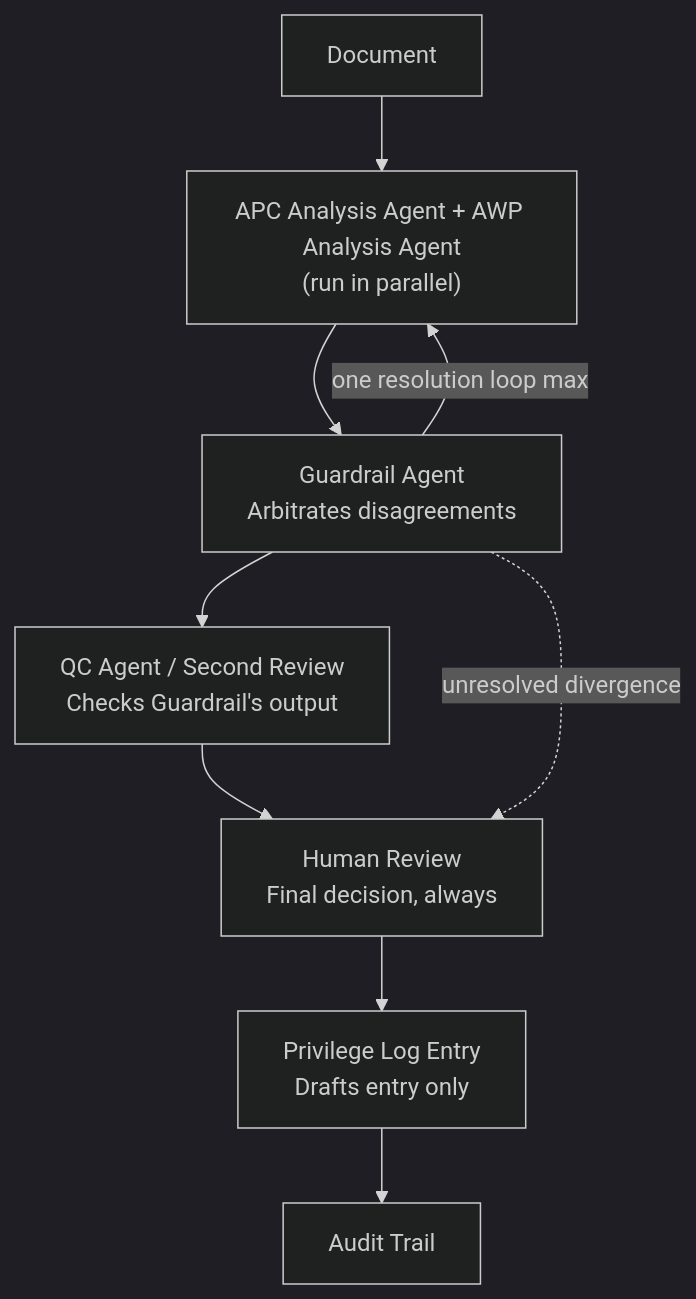
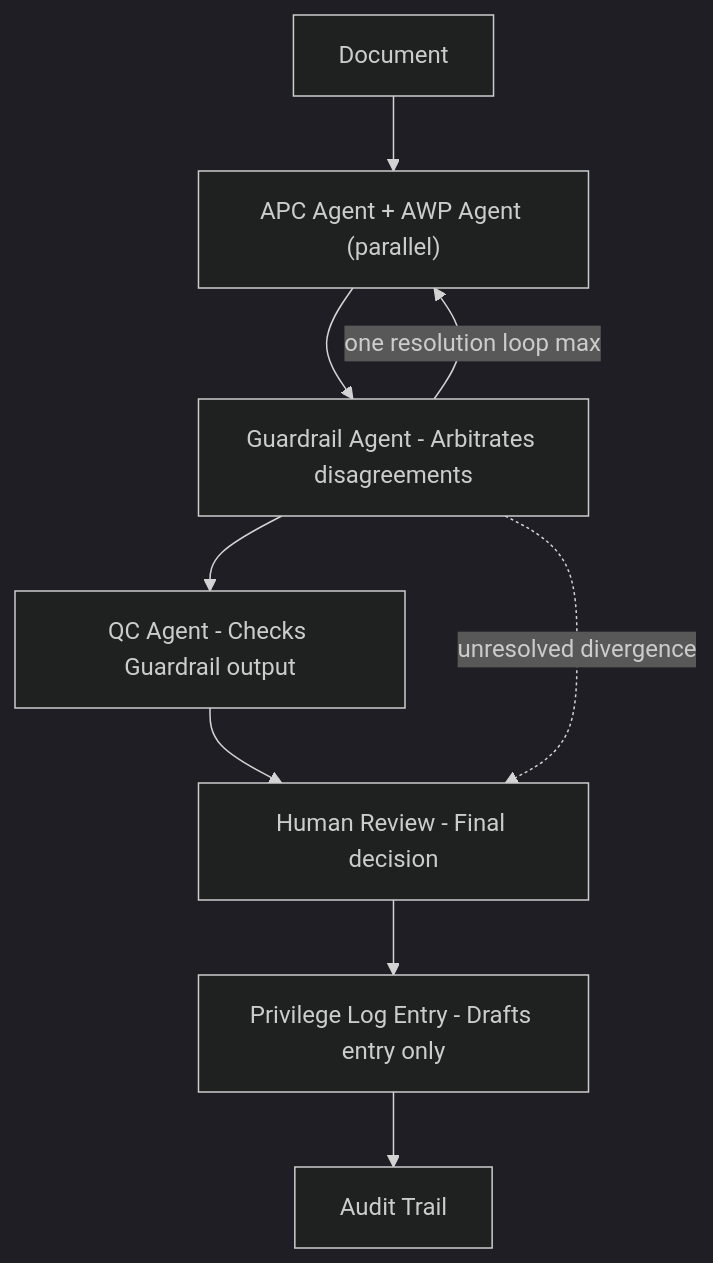
One commit to lucentio-create/PRISM changed the diagram in README.md. Above: the diagram before and after it, drawn with Mermaid (dark theme). The commit also changed other lines of this file, not shown here.

Commit message:
Revise flowchart labels in README.md
Updated flowchart descriptions for clarity and consistency.

````diff
--- a/README.md
+++ b/README.md
@@ -26,11 +26,11 @@
 ```mermaid
 flowchart TD
-    A[Document] --> B["APC Analysis Agent + AWP Analysis Agent<br/>(run in parallel)"]
-    B --> C["Guardrail Agent<br/>Arbitrates disagreements"]
-    C -->|"one resolution loop max"| B
-    C --> D["QC Agent / Second Review<br/>Checks Guardrail's output"]
-    D --> E["Human Review<br/>Final decision, always"]
-    C -.->|"unresolved divergence"| E
-    E --> F["Privilege Log Entry<br/>Drafts entry only"]
+    A[Document] --> B["APC Agent + AWP Agent (parallel)"]
+    B --> C["Guardrail Agent - Arbitrates disagreements"]
+    C -->|one resolution loop max| B
+    C --> D["QC Agent - Checks Guardrail output"]
+    D --> E["Human Review - Final decision"]
+    C -.->|unresolved divergence| E
+    E --> F["Privilege Log Entry - Drafts entry only"]
     F --> G["Audit Trail"]
 ```
````
